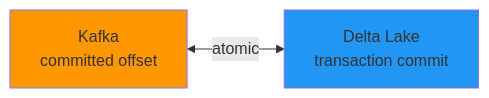
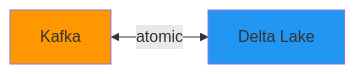
Before and after one commit to gcmishra7/data-engineering-helper: the diagram in 02-streaming-fundamentals/03-delivery-guarantees.md, drawn with Mermaid. The commit also changed other lines of this file and 57 other files, not shown here.

First line of the commit message:
Shorten mermaid node labels to fix text truncation on GitHub

````diff
--- a/02-streaming-fundamentals/03-delivery-guarantees.md
+++ b/02-streaming-fundamentals/03-delivery-guarantees.md
@@ -35,6 +35,6 @@
 ```mermaid
 graph LR
-    K[Kafka<br/>committed offset] <-->|atomic| D[Delta Lake<br/>transaction commit]
+    K[Kafka] <-->|atomic| D[Delta Lake]
     style K fill:#FF9800
     style D fill:#2196F3
 ```
````
